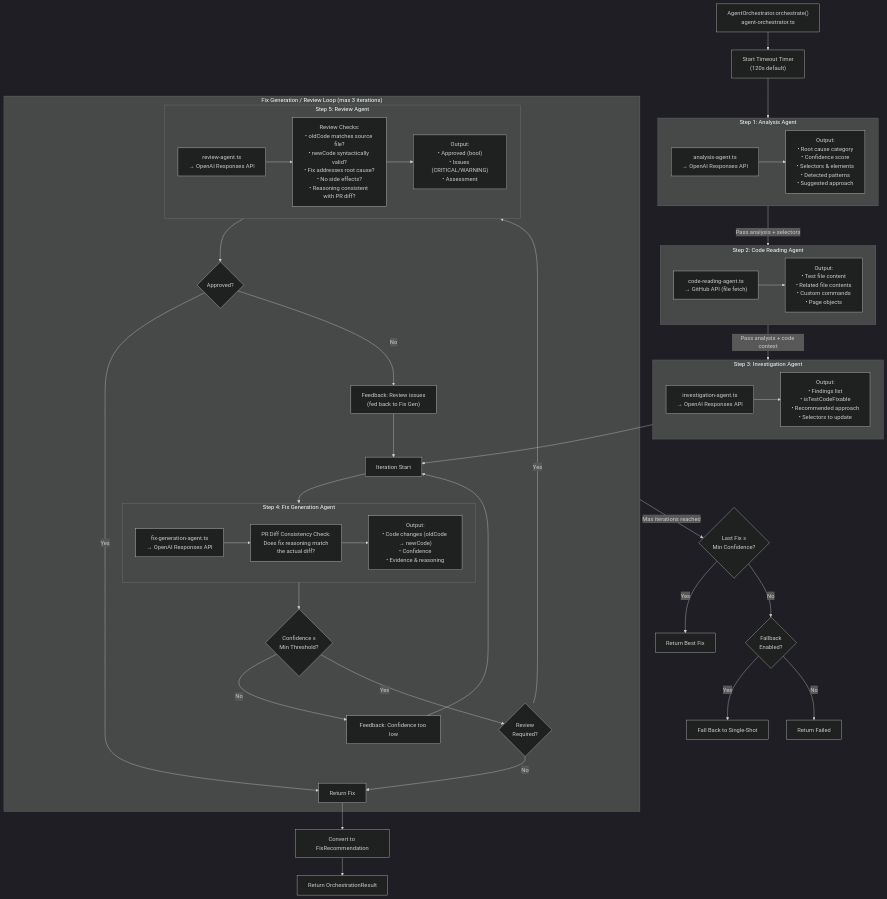
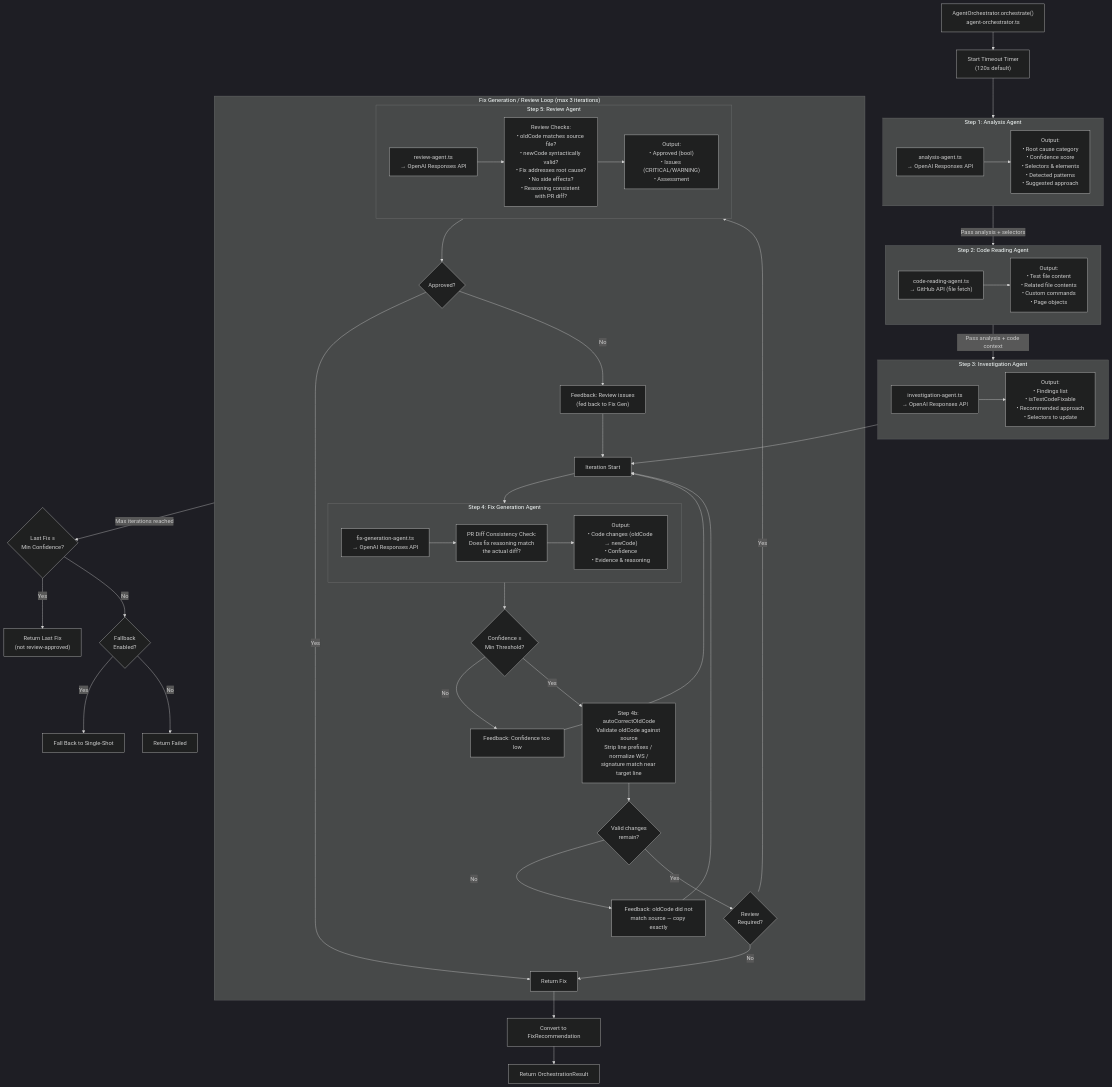
One commit to adept-at/adept-triage-agent changed the second of 6 diagrams in docs/agent-workflow-flowchart.md. Above: the diagram before and after it, drawn with Mermaid (dark theme). The commit also changed other lines of this file and 8 other files, not shown here.

````diff
--- a/docs/agent-workflow-flowchart.md
+++ b/docs/agent-workflow-flowchart.md
@@ -79,67 +79,72 @@
 ```mermaid
 flowchart TB
     START["AgentOrchestrator.orchestrate()<br/>agent-orchestrator.ts"] --> TIMEOUT["Start Timeout Timer<br/>(120s default)"]
 
     TIMEOUT --> STEP1
 
     subgraph STEP1["Step 1: Analysis Agent"]
         AA["analysis-agent.ts<br/>→ OpenAI Responses API"]
         AA --> AA_OUT["Output:<br/>• Root cause category<br/>• Confidence score<br/>• Selectors & elements<br/>• Detected patterns<br/>• Suggested approach"]
     end
 
     STEP1 -->|Pass analysis + selectors| STEP2
 
     subgraph STEP2["Step 2: Code Reading Agent"]
         CRA["code-reading-agent.ts<br/>→ GitHub API (file fetch)"]
         CRA --> CRA_OUT["Output:<br/>• Test file content<br/>• Related file contents<br/>• Custom commands<br/>• Page objects"]
     end
 
     STEP2 -->|Pass analysis + code context| STEP3
 
     subgraph STEP3["Step 3: Investigation Agent"]
         IA["investigation-agent.ts<br/>→ OpenAI Responses API"]
         IA --> IA_OUT["Output:<br/>• Findings list<br/>• isTestCodeFixable<br/>• Recommended approach<br/>• Selectors to update"]
     end
 
     STEP3 --> LOOP_START
 
     subgraph LOOP["Fix Generation / Review Loop (max 3 iterations)"]
         LOOP_START["Iteration Start"]
         LOOP_START --> STEP4
 
         subgraph STEP4["Step 4: Fix Generation Agent"]
             FGA["fix-generation-agent.ts<br/>→ OpenAI Responses API"]
             FGA --> DIFF_CHECK["PR Diff Consistency Check:<br/>Does fix reasoning match<br/>the actual diff?"]
             DIFF_CHECK --> FGA_OUT["Output:<br/>• Code changes (oldCode → newCode)<br/>• Confidence<br/>• Evidence & reasoning"]
         end
 
         STEP4 --> CONF_CHECK{Confidence ≥<br/>Min Threshold?}
         CONF_CHECK -->|No| FEEDBACK1["Feedback: Confidence too low"]
         FEEDBACK1 --> LOOP_START
 
-        CONF_CHECK -->|Yes| REVIEW_CHECK{Review<br/>Required?}
+        CONF_CHECK -->|Yes| AUTO_CORRECT["Step 4b: autoCorrectOldCode<br/>Validate oldCode against source<br/>Strip line prefixes / normalize WS /<br/>signature match near target line"]
+        AUTO_CORRECT --> CHANGES_LEFT{Valid changes<br/>remain?}
+        CHANGES_LEFT -->|No| FEEDBACK_AC["Feedback: oldCode did not<br/>match source — copy exactly"]
+        FEEDBACK_AC --> LOOP_START
+
+        CHANGES_LEFT -->|Yes| REVIEW_CHECK{Review<br/>Required?}
         REVIEW_CHECK -->|No| RETURN_FIX["Return Fix"]
 
         REVIEW_CHECK -->|Yes| STEP5
 
         subgraph STEP5["Step 5: Review Agent"]
             RA["review-agent.ts<br/>→ OpenAI Responses API"]
             RA --> RA_CHECKS["Review Checks:<br/>• oldCode matches source file?<br/>• newCode syntactically valid?<br/>• Fix addresses root cause?<br/>• No side effects?<br/>• Reasoning consistent with PR diff?"]
             RA_CHECKS --> RA_OUT["Output:<br/>• Approved (bool)<br/>• Issues (CRITICAL/WARNING)<br/>• Assessment"]
         end
 
         STEP5 --> APPROVED{Approved?}
         APPROVED -->|Yes| RETURN_FIX
         APPROVED -->|No| FEEDBACK2["Feedback: Review issues<br/>(fed back to Fix Gen)"]
         FEEDBACK2 --> LOOP_START
     end
 
     RETURN_FIX --> CONVERT["Convert to FixRecommendation"]
     CONVERT --> DONE["Return OrchestrationResult"]
 
     LOOP -->|Max iterations reached| BEST_FIX{Last Fix ≥<br/>Min Confidence?}
-    BEST_FIX -->|Yes| RETURN_BEST["Return Best Fix"]
+    BEST_FIX -->|Yes| RETURN_BEST["Return Last Fix<br/>(not review-approved)"]
     BEST_FIX -->|No| FALLBACK{Fallback<br/>Enabled?}
     FALLBACK -->|Yes| SINGLE["Fall Back to Single-Shot"]
     FALLBACK -->|No| FAIL["Return Failed"]
 ```
````
